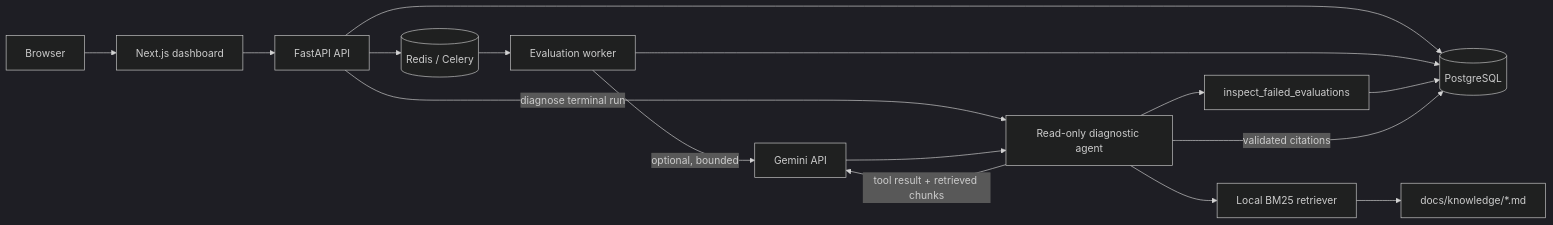
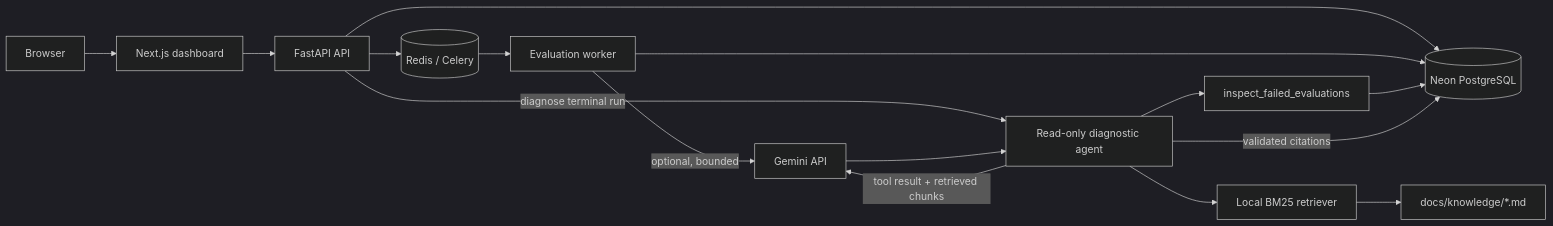
The diagram in README.md (MarvelousJade/evalpulse), drawn with Mermaid (dark theme) before and after one commit. The commit also changed other lines of this file and 9 other files, not shown here.

````diff
--- a/README.md
+++ b/README.md
@@ -46,19 +46,19 @@
 ```mermaid
 flowchart LR
   Browser --> Web[Next.js dashboard]
   Web --> API[FastAPI API]
-  API --> DB[(PostgreSQL)]
+  API --> DB[(Neon PostgreSQL)]
   API --> Queue[(Redis / Celery)]
   Queue --> Worker[Evaluation worker]
   Worker --> DB
   Worker -->|optional, bounded| Gemini[Gemini API]
 
   API -->|diagnose terminal run| Agent[Read-only diagnostic agent]
   Agent --> Tool[inspect_failed_evaluations]
   Tool --> DB
   Agent --> Retriever[Local BM25 retriever]
   Retriever --> Runbooks[docs/knowledge/*.md]
   Agent -->|tool result + retrieved chunks| Gemini
   Gemini --> Agent
   Agent -->|validated citations| DB
 ```
````
